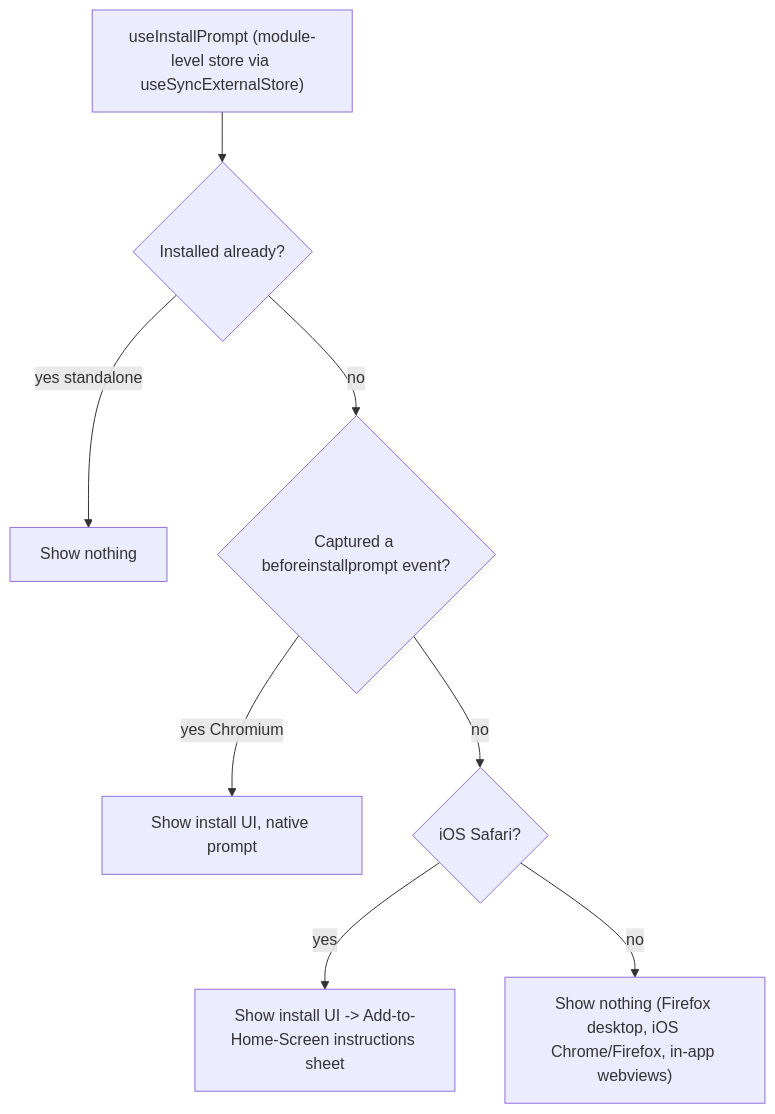
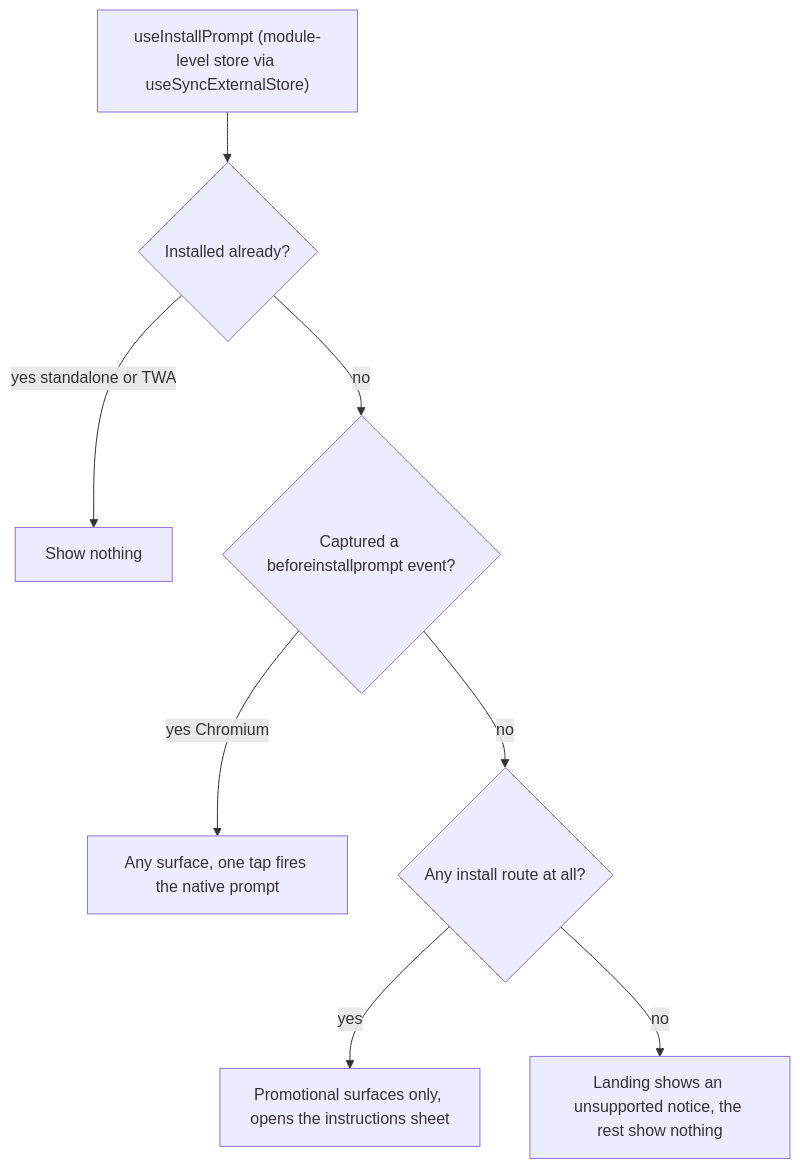
One commit to OffCrazyFreak/Disscount changed the second of 4 diagrams in docs/PWA.md. Above: the diagram before and after it, drawn with Mermaid. The commit also changed other lines of this file, not shown here.

First line of the commit message:
docs(pwa): Bring the install section back in line with the code

````diff
--- a/docs/PWA.md
+++ b/docs/PWA.md
@@ -193,10 +193,10 @@
 ```mermaid
 flowchart TD
     A["useInstallPrompt (module-level store via useSyncExternalStore)"] --> B{Installed already?}
-    B -->|yes standalone| Z[Show nothing]
+    B -->|yes standalone or TWA| Z[Show nothing]
     B -->|no| C{Captured a beforeinstallprompt event?}
-    C -->|yes Chromium| D["Show install UI, native prompt"]
-    C -->|no| E{iOS Safari?}
-    E -->|yes| F["Show install UI -> Add-to-Home-Screen instructions sheet"]
-    E -->|no| Z2["Show nothing (Firefox desktop, iOS Chrome/Firefox, in-app webviews)"]
+    C -->|yes Chromium| D["Any surface, one tap fires the native prompt"]
+    C -->|no| E{Any install route at all?}
+    E -->|yes| F["Promotional surfaces only, opens the instructions sheet"]
+    E -->|no| Z2["Landing shows an unsupported notice, the rest show nothing"]
 ```
````
